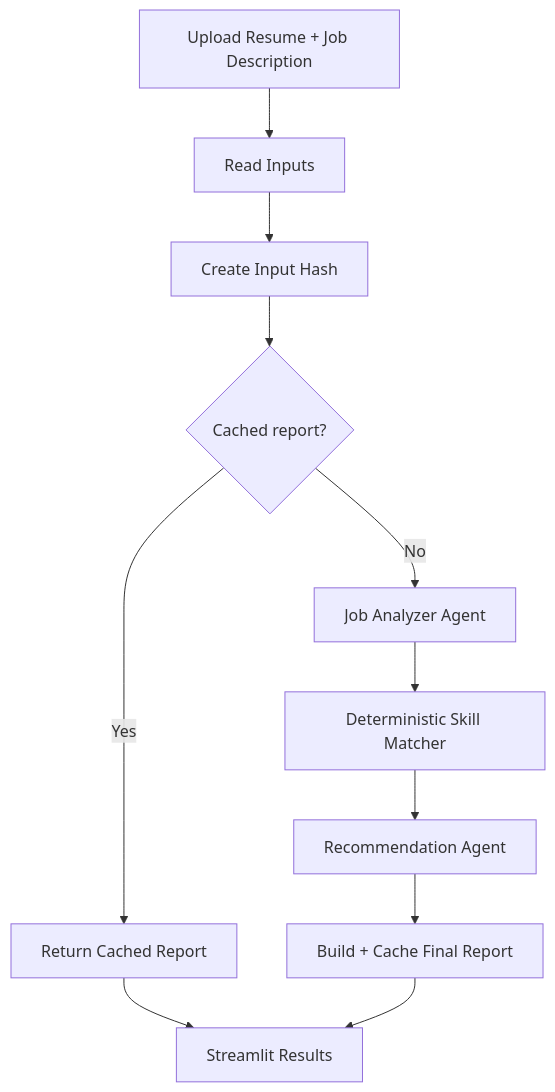
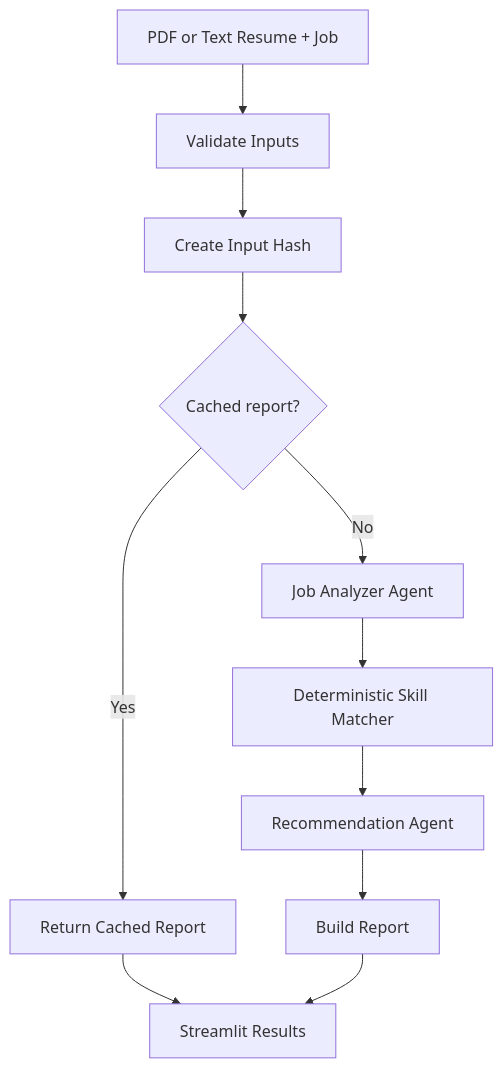
One commit to pranithbitla/Agentic-AI changed the diagram in careerpilot-ai/docs/ARCHITECTURE.md. Above: the diagram before and after it, drawn with Mermaid. The commit also changed other lines of this file and 27 other files, not shown here.

````diff
--- a/careerpilot-ai/docs/ARCHITECTURE.md
+++ b/careerpilot-ai/docs/ARCHITECTURE.md
@@ -7,13 +8,13 @@
 ```mermaid
 flowchart TD
-    A[Upload Resume + Job Description] --> B[Read Inputs]
+    A[PDF or Text Resume + Job] --> B[Validate Inputs]
     B --> C[Create Input Hash]
     C --> D{Cached report?}
     D -- Yes --> E[Return Cached Report]
     D -- No --> F[Job Analyzer Agent]
     F --> G[Deterministic Skill Matcher]
     G --> H[Recommendation Agent]
-    H --> I[Build + Cache Final Report]
+    H --> I[Build Report]
     E --> J[Streamlit Results]
     I --> J
 ```
````
